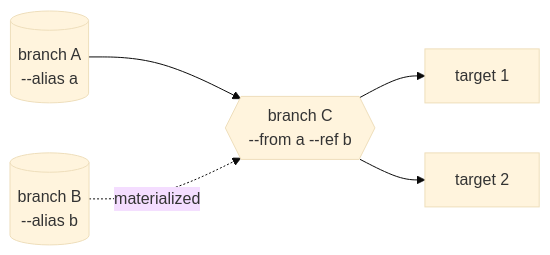
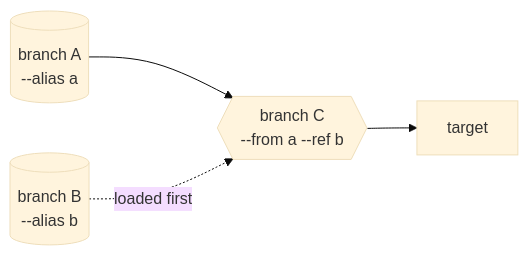
The second of 2 diagrams in docs/concepts.md (nicopon/dtpipe), drawn with Mermaid (base theme) before and after one commit. The commit also changed other lines of this file and 19 other files, not shown here.

````diff
--- a/docs/concepts.md
+++ b/docs/concepts.md
@@ -45,7 +34,6 @@
 ```mermaid
 flowchart LR
     A[("branch A<br/>--alias a")] --> P{{"branch C<br/>--from a --ref b"}}
-    B[("branch B<br/>--alias b")] -. materialized .-> P
-    P --> D["target 1"]
-    P --> E["target 2"]
+    B[("branch B<br/>--alias b")] -. loaded first .-> P
+    P --> D["target"]
 ```
````
